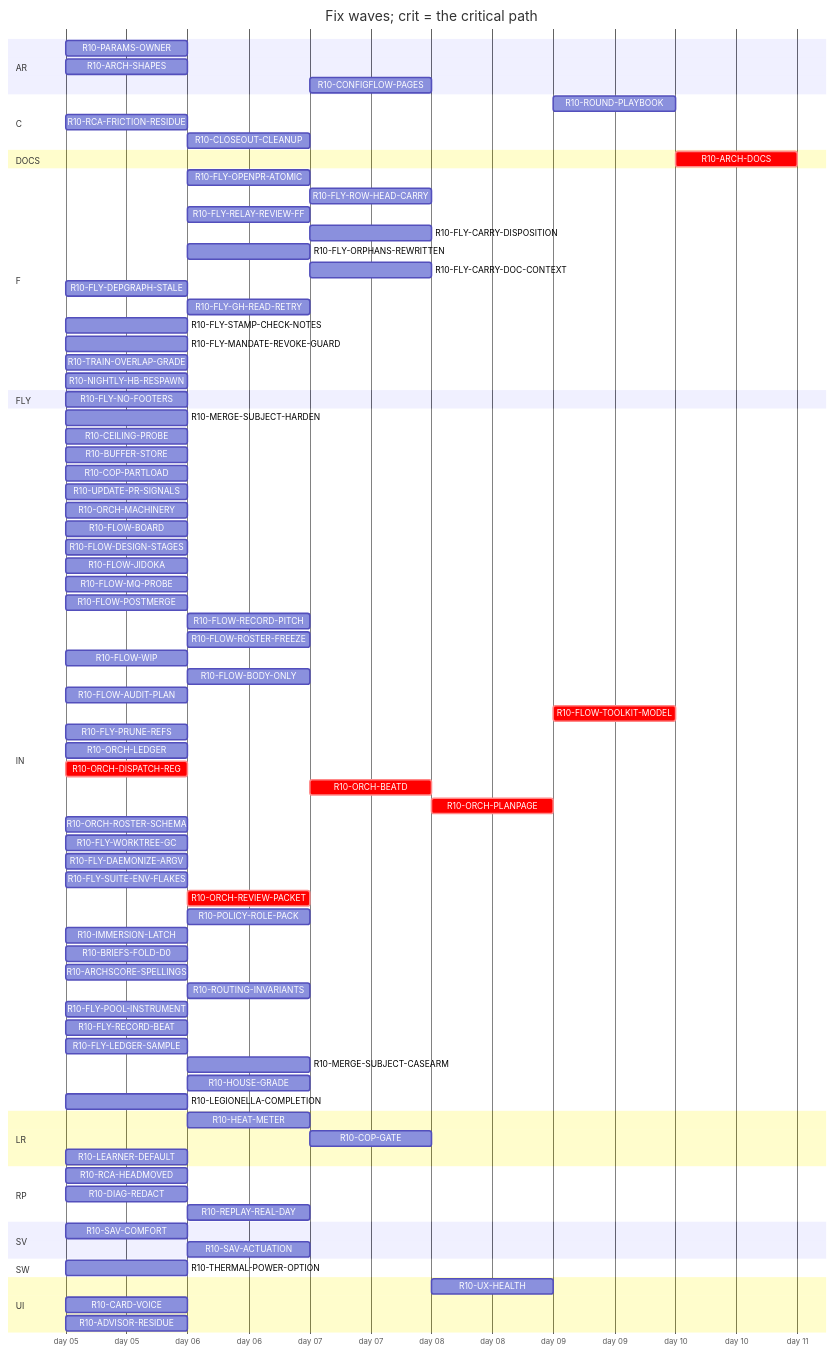
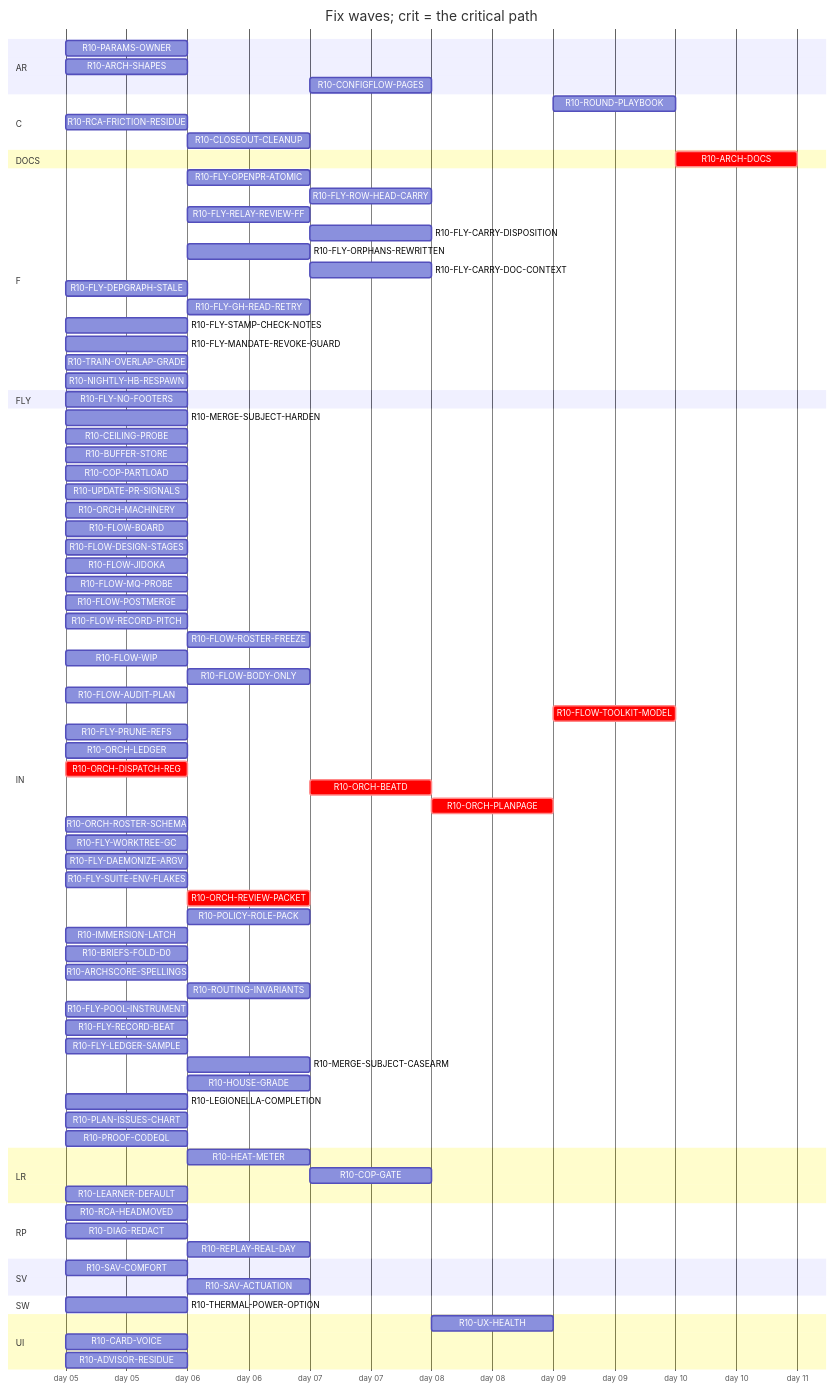
One commit to tvofi/heatpump_optimizer changed the diagram in handoff/round10/state/PLAN-TABLE.md. Above: the diagram before and after it, drawn with Mermaid. The commit also changed other lines of this file and 2 other files, not shown here.

Commit message:
state: NEXT-SESSION-PROMPT.md, PLAN-TABLE.md, RESUME-CURRENT.md regenerated (state_docs.py)

```diff
--- a/handoff/round10/state/PLAN-TABLE.md
+++ b/handoff/round10/state/PLAN-TABLE.md
@@ -35,7 +35,7 @@
     R10-RCA-FRICTION-RESIDUE :r10RCAFRICTIONRESIDUE, 2026-01-05, 1d
     R10-CLOSEOUT-CLEANUP :r10CLOSEOUTCLEANUP, after r10FLYPRUNEREFS r10FLYWORKTREEGC, 1d
   section DOCS
-    R10-ARCH-DOCS :crit, r10ARCHDOCS, after r10PARAMSOWNER r10ARCHSHAPES r10HEATMETER r10COPGATE r10UXHEALTH r10CONFIGFLOWPAGES r10RCAHEADMOVED r10SAVCOMFORT r10MERGESUBJECTHARDEN r10CEILINGPROBE r10BUFFERSTORE r10COPPARTLOAD r10UPDATEPRSIGNALS r10CARDVOICE r10THERMALPOWEROPTION r10LEARNERDEFAULT r10FLOWBOARD r10FLOWDESIGNSTAGES r10FLOWJIDOKA r10FLOWMQPROBE r10FLOWPOSTMERGE r10FLOWRECORDPITCH r10FLOWROSTERFREEZE r10FLOWWIP r10FLOWBODYONLY r10FLYOPENPRATOMIC r10FLYROWHEADCARRY r10FLOWAUDITPLAN r10FLYRELAYREVIEWFF r10FLYCARRYDISPOSITION r10FLYORPHANSREWRITTEN r10FLYCARRYDOCCONTEXT r10FLYDEPGRAPHSTALE r10FLOWTOOLKITMODEL r10FLYSTAMPCHECKNOTES r10FLYMANDATEREVOKEGUARD r10RCAFRICTIONRESIDUE r10TRAINOVERLAPGRADE r10NIGHTLYHBRESPAWN r10FLYPRUNEREFS r10ORCHLEDGER r10ORCHDISPATCHREG r10ORCHBEATD r10ORCHPLANPAGE r10ORCHROSTERSCHEMA r10FLYWORKTREEGC r10FLYDAEMONIZEARGV r10ORCHREVIEWPACKET r10POLICYROLEPACK r10IMMERSIONLATCH r10DIAGREDACT r10ADVISORRESIDUE r10BRIEFSFOLDD0 r10REPLAYREALDAY r10ARCHSCORESPELLINGS r10SAVACTUATION r10FLYLEDGERSAMPLE r10LEGIONELLACOMPLETION, 1d
+    R10-ARCH-DOCS :crit, r10ARCHDOCS, after r10PARAMSOWNER r10ARCHSHAPES r10HEATMETER r10COPGATE r10UXHEALTH r10CONFIGFLOWPAGES r10RCAHEADMOVED r10SAVCOMFORT r10MERGESUBJECTHARDEN r10CEILINGPROBE r10BUFFERSTORE r10COPPARTLOAD r10UPDATEPRSIGNALS r10CARDVOICE r10THERMALPOWEROPTION r10LEARNERDEFAULT r10FLOWBOARD r10FLOWDESIGNSTAGES r10FLOWJIDOKA r10FLOWMQPROBE r10FLOWPOSTMERGE r10FLOWRECORDPITCH r10FLOWROSTERFREEZE r10FLOWWIP r10FLOWBODYONLY r10FLYOPENPRATOMIC r10FLYROWHEADCARRY r10FLOWAUDITPLAN r10FLYRELAYREVIEWFF r10FLYCARRYDISPOSITION r10FLYORPHANSREWRITTEN r10FLYCARRYDOCCONTEXT r10FLYDEPGRAPHSTALE r10FLOWTOOLKITMODEL r10FLYSTAMPCHECKNOTES r10FLYMANDATEREVOKEGUARD r10RCAFRICTIONRESIDUE r10TRAINOVERLAPGRADE r10NIGHTLYHBRESPAWN r10FLYPRUNEREFS r10ORCHLEDGER r10ORCHDISPATCHREG r10ORCHBEATD r10ORCHPLANPAGE r10ORCHROSTERSCHEMA r10FLYWORKTREEGC r10FLYDAEMONIZEARGV r10ORCHREVIEWPACKET r10POLICYROLEPACK r10IMMERSIONLATCH r10DIAGREDACT r10ADVISORRESIDUE r10BRIEFSFOLDD0 r10REPLAYREALDAY r10ARCHSCORESPELLINGS r10SAVACTUATION r10FLYLEDGERSAMPLE r10LEGIONELLACOMPLETION r10PLANISSUESCHART, 1d
   section F
     R10-FLY-OPENPR-ATOMIC :r10FLYOPENPRATOMIC, after r10UPDATEPRSIGNALS, 1d
     R10-FLY-ROW-HEAD-CARRY :r10FLYROWHEADCARRY, after r10FLYOPENPRATOMIC r10FLOWMQPROBE, 1d
@@ -63,7 +63,7 @@
     R10-FLOW-JIDOKA :r10FLOWJIDOKA, 2026-01-05, 1d
     R10-FLOW-MQ-PROBE :r10FLOWMQPROBE, 2026-01-05, 1d
     R10-FLOW-POSTMERGE :r10FLOWPOSTMERGE, 2026-01-05, 1d
-    R10-FLOW-RECORD-PITCH :r10FLOWRECORDPITCH, after r10FLOWMQPROBE, 1d
+    R10-FLOW-RECORD-PITCH :r10FLOWRECORDPITCH, 2026-01-05, 1d
     R10-FLOW-ROSTER-FREEZE :r10FLOWROSTERFREEZE, after r10UPDATEPRSIGNALS, 1d
     R10-FLOW-WIP :r10FLOWWIP, 2026-01-05, 1d
     R10-FLOW-BODY-ONLY :r10FLOWBODYONLY, after r10UPDATEPRSIGNALS, 1d
@@ -90,6 +90,8 @@
     R10-MERGE-SUBJECT-CASEARM :r10MERGESUBJECTCASEARM, after r10MERGESUBJECTHARDEN, 1d
     R10-HOUSE-GRADE :r10HOUSEGRADE, after r10PARAMSOWNER, 1d
     R10-LEGIONELLA-COMPLETION :r10LEGIONELLACOMPLETION, 2026-01-05, 1d
+    R10-PLAN-ISSUES-CHART :r10PLANISSUESCHART, 2026-01-05, 1d
+    R10-PROOF-CODEQL :r10PROOFCODEQL, 2026-01-05, 1d
   section LR
     R10-HEAT-METER :r10HEATMETER, after r10PARAMSOWNER r10ARCHSHAPES r10THERMALPOWEROPTION, 1d
     R10-COP-GATE :r10COPGATE, after r10HEATMETER, 1d
```
